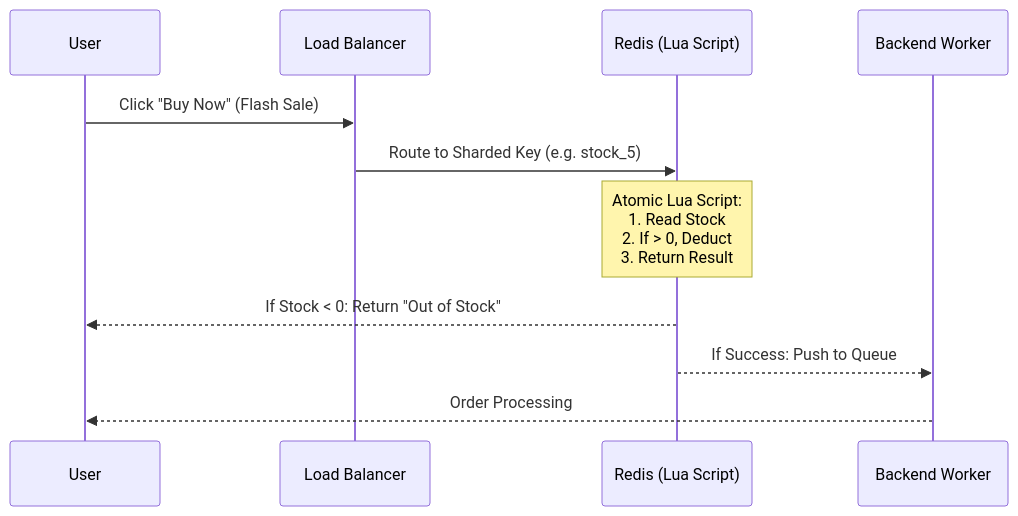
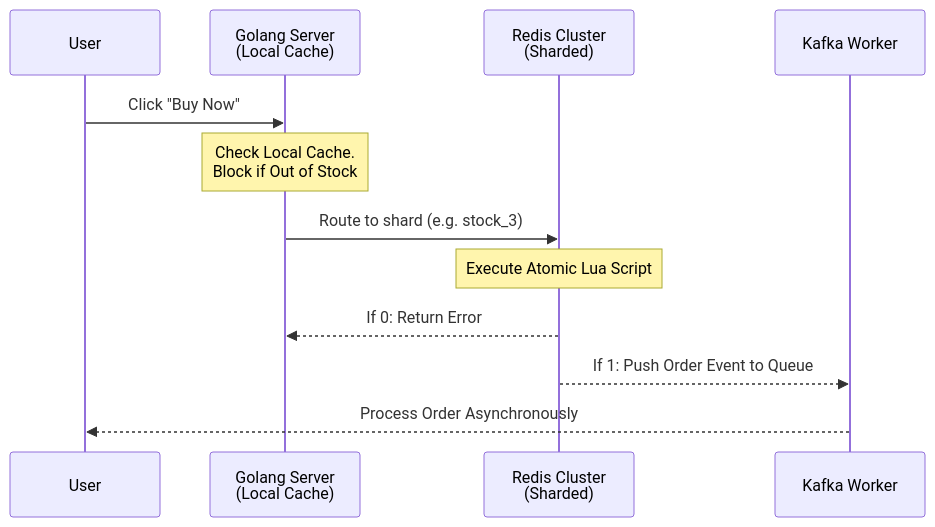
One commit to vesviet/vesviet changed the diagram in content/series/shopee-architecture/02-flash-sale-engine.md. Above: the diagram before and after it, drawn with Mermaid. The commit also changed other lines of this file and 21 other files, not shown here.

````diff
--- a/content/series/shopee-architecture/02-flash-sale-engine.md
+++ b/content/series/shopee-architecture/02-flash-sale-engine.md
@@ -27,14 +50,15 @@
 ```mermaid
 sequenceDiagram
     participant User
-    participant LB as Load Balancer
-    participant Redis as Redis (Lua Script)
-    participant Worker as Backend Worker
+    participant App as Golang Server<br/>(Local Cache)
+    participant Redis as Redis Cluster<br/>(Sharded)
+    participant Worker as Kafka Worker
     
-    User->>LB: Click "Buy Now" (Flash Sale)
-    LB->>Redis: Route to Sharded Key (e.g. stock_5)
-    Note over Redis: Atomic Lua Script:<br/>1. Read Stock<br/>2. If > 0, Deduct<br/>3. Return Result
-    Redis-->>User: If Stock < 0: Return "Out of Stock"
-    Redis-->>Worker: If Success: Push to Queue
-    Worker-->>User: Order Processing
+    User->>App: Click "Buy Now"
+    Note over App: Check Local Cache.<br/>Block if Out of Stock
+    App->>Redis: Route to shard (e.g. stock_3)
+    Note over Redis: Execute Atomic Lua Script
+    Redis-->>App: If 0: Return Error
+    Redis-->>Worker: If 1: Push Order Event to Queue
+    Worker-->>User: Process Order Asynchronously
 ```
````
